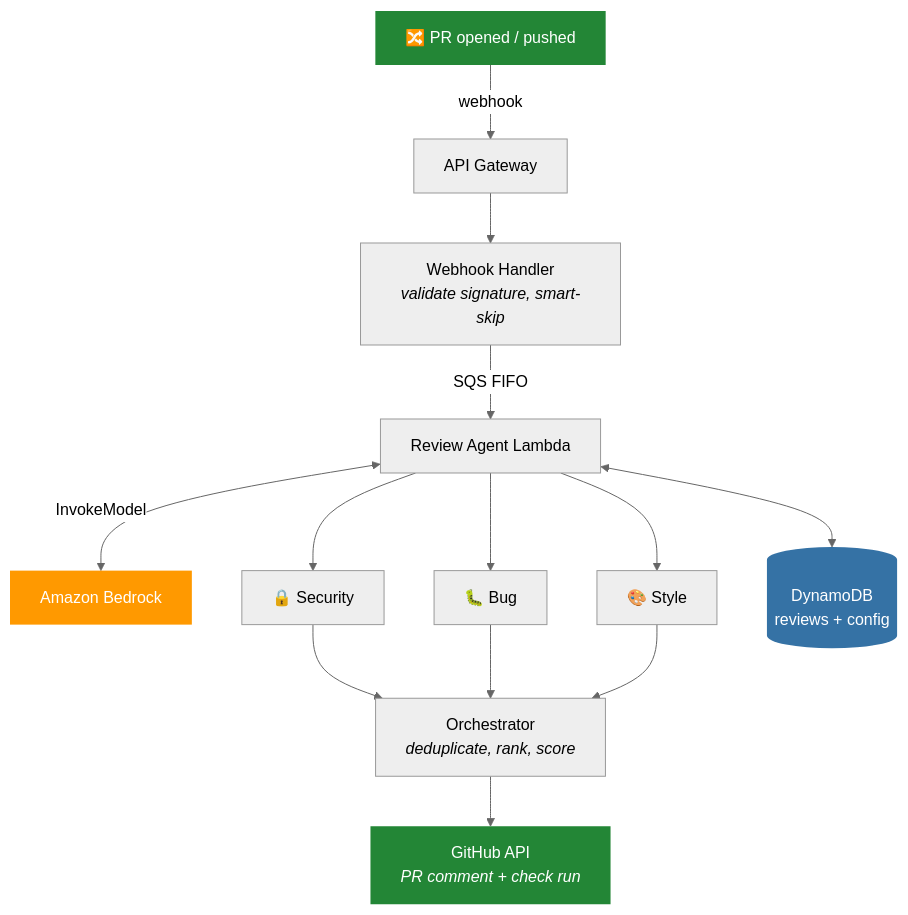
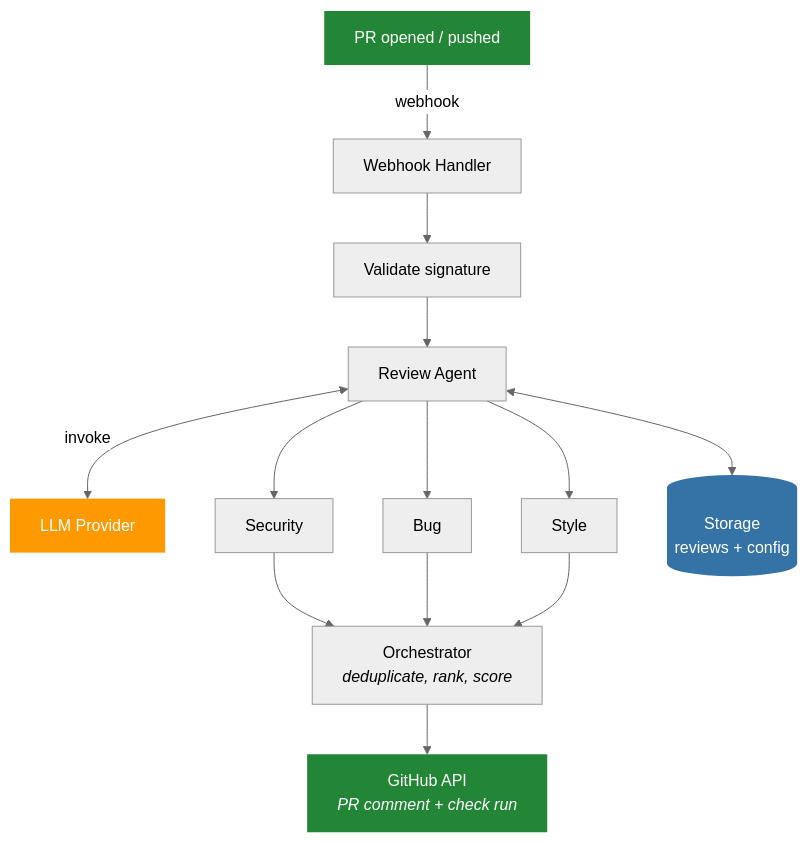
The diagram in README.md (santthosh/mergewatch.ai), drawn with Mermaid (neutral theme) before and after one commit. The commit also changed other lines of this file and 37 other files, not shown here.

````diff
--- a/README.md
+++ b/README.md
@@ -39,18 +40,18 @@
 ```mermaid
 flowchart TD
-    A["🔀 PR opened / pushed"] -->|webhook| B["API Gateway"]
-    B --> C["Webhook Handler<br/><i>validate signature, smart-skip</i>"]
-    C -->|"SQS FIFO"| D["Review Agent Lambda"]
-    D <-->|"InvokeModel"| E["Amazon Bedrock"]
-    D --> F["🔒 Security"]
-    D --> G["🐛 Bug"]
-    D --> H["🎨 Style"]
+    A["PR opened / pushed"] -->|webhook| B["Webhook Handler"]
+    B --> C["Validate signature"]
+    C --> D["Review Agent"]
+    D <-->|"invoke"| E["LLM Provider"]
+    D --> F["Security"]
+    D --> G["Bug"]
+    D --> H["Style"]
     F & G & H --> I["Orchestrator<br/><i>deduplicate, rank, score</i>"]
     I --> J["GitHub API<br/><i>PR comment + check run</i>"]
-    D <--> K[("DynamoDB<br/>reviews + config")]
+    D <--> K[("Storage<br/>reviews + config")]
 
     style A fill:#238636,color:#fff,stroke:none
     style E fill:#ff9900,color:#fff,stroke:none
     style J fill:#238636,color:#fff,stroke:none
     style K fill:#3572A5,color:#fff,stroke:none
 ```
````
